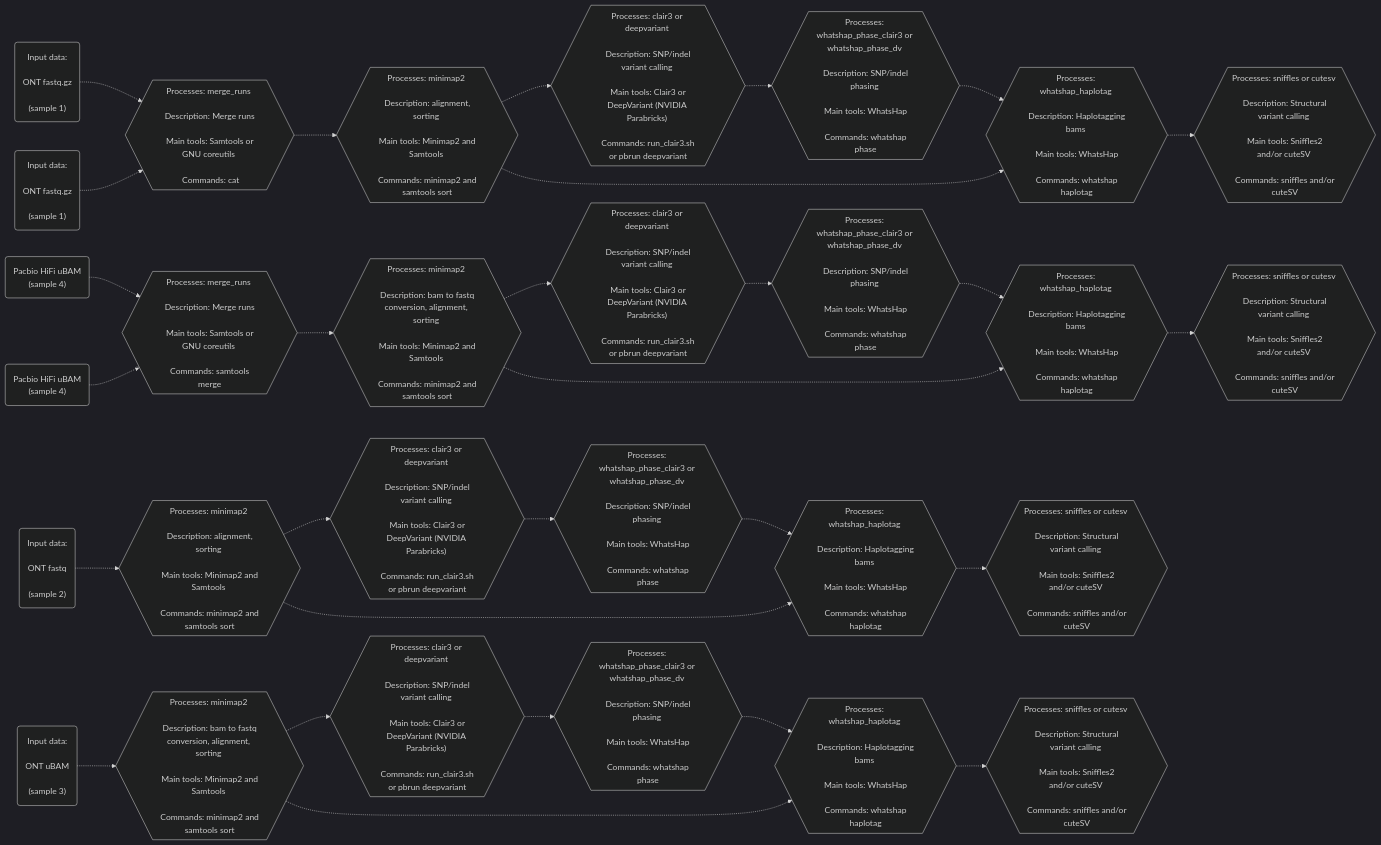
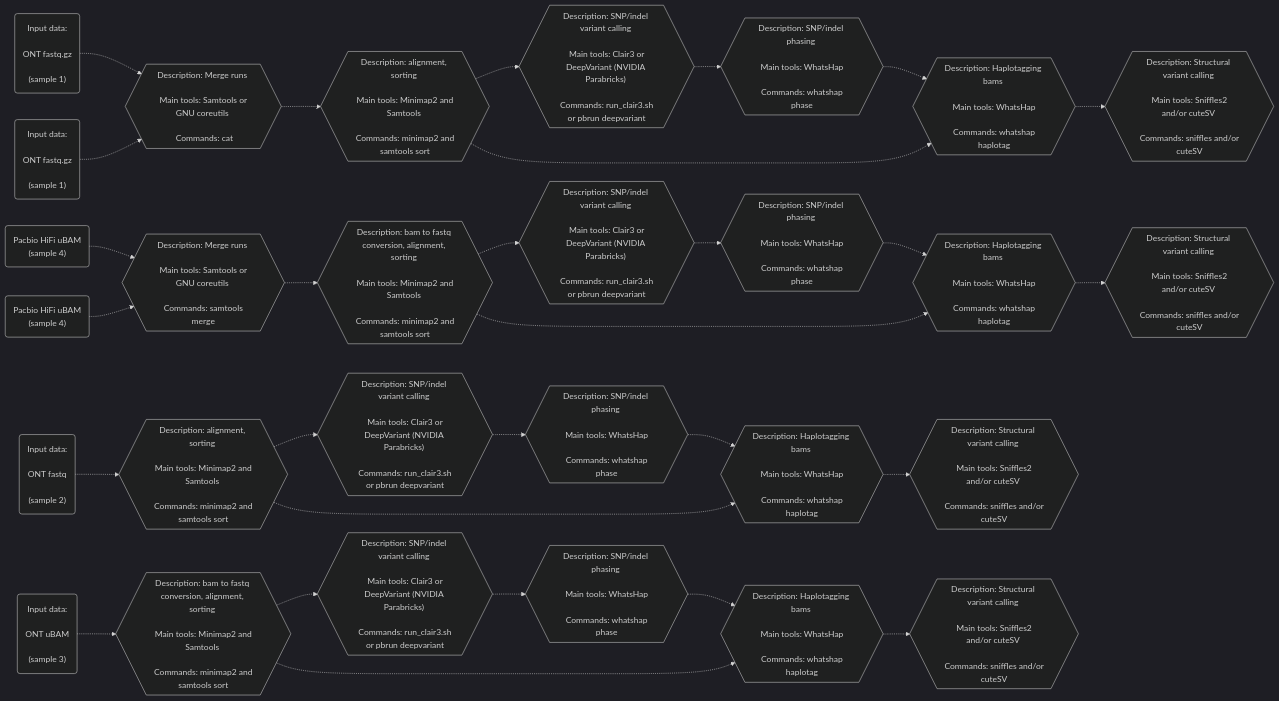
Before and after one commit to leahkemp/pipeface: the second of 2 diagrams in README.md, drawn with Mermaid.

Commit message:
simplify complex boi

````diff
--- a/README.md
+++ b/README.md
@@ -35,54 +35,54 @@
 ```mermaid
 %%{init: {'theme':'dark'}}%%
 flowchart LR
 
 ont_data_f1("Input data: \n\n ONT fastq.gz \n\n (sample 1)")
 ont_data_f2("Input data: \n\n ONT fastq.gz \n\n (sample 1)")
 ont_data_f3("Input data: \n\n ONT fastq \n\n (sample 2)")
 ont_data_f4("Input data: \n\n ONT uBAM \n\n (sample 3)")
 
 pacbio_data_f5("Pacbio HiFi uBAM \n (sample 4)")
 pacbio_data_f6("Pacbio HiFi uBAM \n (sample 4)")
 
-merging_m1{{"Processes: merge_runs \n\n Description: Merge runs \n\n Main tools: Samtools or GNU coreutils \n\n Commands: cat"}}
-merging_m2{{"Processes: merge_runs \n\n Description: Merge runs \n\n Main tools: Samtools or GNU coreutils \n\n Commands: samtools merge"}}
+merging_m1{{"Description: Merge runs \n\n Main tools: Samtools or GNU coreutils \n\n Commands: cat"}}
+merging_m2{{"Description: Merge runs \n\n Main tools: Samtools or GNU coreutils \n\n Commands: samtools merge"}}
 
-alignment_s1{{"Processes: minimap2 \n\n Description: alignment, sorting \n\n Main tools: Minimap2 and Samtools \n\n Commands: minimap2 and samtools sort"}}
-alignment_s2{{"Processes: minimap2 \n\n Description: alignment, sorting \n\n Main tools: Minimap2 and Samtools \n\n Commands: minimap2 and samtools sort"}}
-alignment_s3{{"Processes: minimap2 \n\n Description: bam to fastq conversion, alignment, sorting \n\n Main tools: Minimap2 and Samtools \n\n Commands: minimap2 and samtools sort"}}
-alignment_s4{{"Processes: minimap2 \n\n Description: bam to fastq conversion, alignment, sorting \n\n Main tools: Minimap2 and Samtools \n\n Commands: minimap2 and samtools sort"}}
+alignment_s1{{"Description: alignment, sorting \n\n Main tools: Minimap2 and Samtools \n\n Commands: minimap2 and samtools sort"}}
+alignment_s2{{"Description: alignment, sorting \n\n Main tools: Minimap2 and Samtools \n\n Commands: minimap2 and samtools sort"}}
+alignment_s3{{"Description: bam to fastq conversion, alignment, sorting \n\n Main tools: Minimap2 and Samtools \n\n Commands: minimap2 and samtools sort"}}
+alignment_s4{{"Description: bam to fastq conversion, alignment, sorting \n\n Main tools: Minimap2 and Samtools \n\n Commands: minimap2 and samtools sort"}}
 
-snp_indel_calling_s1{{"Processes: clair3 or deepvariant \n\n Description: SNP/indel variant calling \n\n Main tools: Clair3 or DeepVariant (NVIDIA Parabricks) \n\n Commands: run_clair3.sh or pbrun deepvariant"}}
-snp_indel_calling_s2{{"Processes: clair3 or deepvariant \n\n Description: SNP/indel variant calling \n\n Main tools: Clair3 or DeepVariant (NVIDIA Parabricks) \n\n Commands: run_clair3.sh or pbrun deepvariant"}}
-snp_indel_calling_s3{{"Processes: clair3 or deepvariant \n\n Description: SNP/indel variant calling \n\n Main tools: Clair3 or DeepVariant (NVIDIA Parabricks) \n\n Commands: run_clair3.sh or pbrun deepvariant"}}
-snp_indel_calling_s4{{"Processes: clair3 or deepvariant \n\n Description: SNP/indel variant calling \n\n Main tools: Clair3 or DeepVariant (NVIDIA Parabricks) \n\n Commands: run_clair3.sh or pbrun deepvariant"}}
+snp_indel_calling_s1{{"Description: SNP/indel variant calling \n\n Main tools: Clair3 or DeepVariant (NVIDIA Parabricks) \n\n Commands: run_clair3.sh or pbrun deepvariant"}}
+snp_indel_calling_s2{{"Description: SNP/indel variant calling \n\n Main tools: Clair3 or DeepVariant (NVIDIA Parabricks) \n\n Commands: run_clair3.sh or pbrun deepvariant"}}
+snp_indel_calling_s3{{"Description: SNP/indel variant calling \n\n Main tools: Clair3 or DeepVariant (NVIDIA Parabricks) \n\n Commands: run_clair3.sh or pbrun deepvariant"}}
+snp_indel_calling_s4{{"Description: SNP/indel variant calling \n\n Main tools: Clair3 or DeepVariant (NVIDIA Parabricks) \n\n Commands: run_clair3.sh or pbrun deepvariant"}}
 
-snp_indel_phasing_s1{{"Processes: whatshap_phase_clair3 or whatshap_phase_dv \n\n Description: SNP/indel phasing \n\n Main tools: WhatsHap \n\n Commands: whatshap phase"}}
-snp_indel_phasing_s2{{"Processes: whatshap_phase_clair3 or whatshap_phase_dv \n\n Description: SNP/indel phasing \n\n Main tools: WhatsHap \n\n Commands: whatshap phase"}}
-snp_indel_phasing_s3{{"Processes: whatshap_phase_clair3 or whatshap_phase_dv \n\n Description: SNP/indel phasing \n\n Main tools: WhatsHap \n\n Commands: whatshap phase"}}
-snp_indel_phasing_s4{{"Processes: whatshap_phase_clair3 or whatshap_phase_dv \n\n Description: SNP/indel phasing \n\n Main tools: WhatsHap \n\n Commands: whatshap phase"}}
+snp_indel_phasing_s1{{"Description: SNP/indel phasing \n\n Main tools: WhatsHap \n\n Commands: whatshap phase"}}
+snp_indel_phasing_s2{{"Description: SNP/indel phasing \n\n Main tools: WhatsHap \n\n Commands: whatshap phase"}}
+snp_indel_phasing_s3{{"Description: SNP/indel phasing \n\n Main tools: WhatsHap \n\n Commands: whatshap phase"}}
+snp_indel_phasing_s4{{"Description: SNP/indel phasing \n\n Main tools: WhatsHap \n\n Commands: whatshap phase"}}
 
-haplotagging_s1{{"Processes: whatshap_haplotag \n\n Description: Haplotagging bams \n\n Main tools: WhatsHap \n\n Commands: whatshap haplotag"}}
-haplotagging_s2{{"Processes: whatshap_haplotag \n\n Description: Haplotagging bams \n\n Main tools: WhatsHap \n\n Commands: whatshap haplotag"}}
-haplotagging_s3{{"Processes: whatshap_haplotag \n\n Description: Haplotagging bams \n\n Main tools: WhatsHap \n\n Commands: whatshap haplotag"}}
-haplotagging_s4{{"Processes: whatshap_haplotag \n\n Description: Haplotagging bams \n\n Main tools: WhatsHap \n\n Commands: whatshap haplotag"}}
+haplotagging_s1{{"Description: Haplotagging bams \n\n Main tools: WhatsHap \n\n Commands: whatshap haplotag"}}
+haplotagging_s2{{"Description: Haplotagging bams \n\n Main tools: WhatsHap \n\n Commands: whatshap haplotag"}}
+haplotagging_s3{{"Description: Haplotagging bams \n\n Main tools: WhatsHap \n\n Commands: whatshap haplotag"}}
+haplotagging_s4{{"Description: Haplotagging bams \n\n Main tools: WhatsHap \n\n Commands: whatshap haplotag"}}
 
-sv_calling_s1{{"Processes: sniffles or cutesv \n\n Description: Structural variant calling \n\n Main tools: Sniffles2 and/or cuteSV \n\n Commands: sniffles and/or cuteSV"}}
-sv_calling_s2{{"Processes: sniffles or cutesv \n\n Description: Structural variant calling \n\n Main tools: Sniffles2 and/or cuteSV \n\n Commands: sniffles and/or cuteSV"}}
-sv_calling_s3{{"Processes: sniffles or cutesv \n\n Description: Structural variant calling \n\n Main tools: Sniffles2 and/or cuteSV \n\n Commands: sniffles and/or cuteSV"}}
-sv_calling_s4{{"Processes: sniffles or cutesv \n\n Description: Structural variant calling \n\n Main tools: Sniffles2 and/or cuteSV \n\n Commands: sniffles and/or cuteSV"}}
+sv_calling_s1{{"Description: Structural variant calling \n\n Main tools: Sniffles2 and/or cuteSV \n\n Commands: sniffles and/or cuteSV"}}
+sv_calling_s2{{"Description: Structural variant calling \n\n Main tools: Sniffles2 and/or cuteSV \n\n Commands: sniffles and/or cuteSV"}}
+sv_calling_s3{{"Description: Structural variant calling \n\n Main tools: Sniffles2 and/or cuteSV \n\n Commands: sniffles and/or cuteSV"}}
+sv_calling_s4{{"Description: Structural variant calling \n\n Main tools: Sniffles2 and/or cuteSV \n\n Commands: sniffles and/or cuteSV"}}
 
 ont_data_f1-.->merging_m1-.->alignment_s1-.->snp_indel_calling_s1-.->snp_indel_phasing_s1-.->haplotagging_s1-.->sv_calling_s1
 ont_data_f2-.->merging_m1
 ont_data_f3-.->alignment_s2-.->snp_indel_calling_s2-.->snp_indel_phasing_s2-.->haplotagging_s2-.->sv_calling_s2
 ont_data_f4-.->alignment_s3-.->snp_indel_calling_s3-.->snp_indel_phasing_s3-.->haplotagging_s3-.->sv_calling_s3
 
 pacbio_data_f5-.->merging_m2-.->alignment_s4-.->snp_indel_calling_s4-.->snp_indel_phasing_s4-.->haplotagging_s4-.->sv_calling_s4
 pacbio_data_f6-.->merging_m2
 
 alignment_s1-.->haplotagging_s1
 alignment_s2-.->haplotagging_s2
 alignment_s3-.->haplotagging_s3
 alignment_s4-.->haplotagging_s4
 
 ```
````
